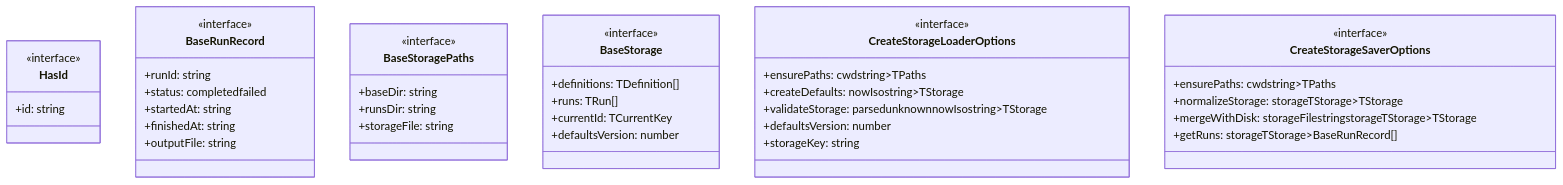
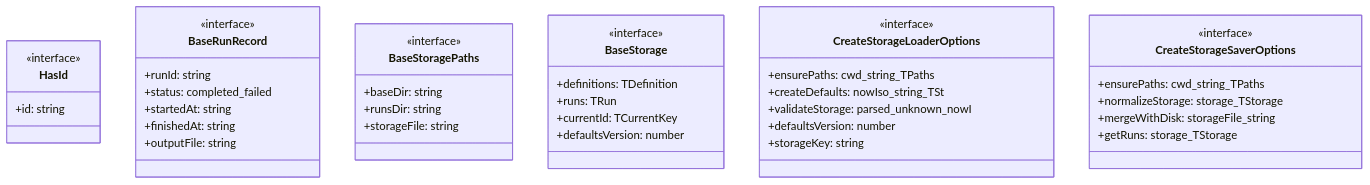
One commit to Mekann2904/mekann changed the first of 4 diagrams in ABDD/.pi/lib/storage-base.md. Above: the diagram before and after it, drawn with Mermaid. The commit also changed other lines of this file and 174 other files, not shown here.

First line of the commit message:
fix(docs): ABDDのMermaid図生成エラーを修正する

````diff
--- a/ABDD/.pi/lib/storage-base.md
+++ b/ABDD/.pi/lib/storage-base.md
@@ -52,43 +52,43 @@
 ```mermaid
 classDiagram
   class HasId {
     <<interface>>
     +id: string
   }
   class BaseRunRecord {
     <<interface>>
     +runId: string
-    +status: completedfailed
+    +status: completed_failed
     +startedAt: string
     +finishedAt: string
     +outputFile: string
   }
   class BaseStoragePaths {
     <<interface>>
     +baseDir: string
     +runsDir: string
     +storageFile: string
   }
   class BaseStorage {
     <<interface>>
-    +definitions: TDefinition[]
-    +runs: TRun[]
+    +definitions: TDefinition
+    +runs: TRun
     +currentId: TCurrentKey
     +defaultsVersion: number
   }
   class CreateStorageLoaderOptions {
     <<interface>>
-    +ensurePaths: cwdstring>TPaths
-    +createDefaults: nowIsostring>TStorage
-    +validateStorage: parsedunknownnowIsostring>TStorage
+    +ensurePaths: cwd_string_TPaths
+    +createDefaults: nowIso_string_TSt
+    +validateStorage: parsed_unknown_nowI
     +defaultsVersion: number
     +storageKey: string
   }
   class CreateStorageSaverOptions {
     <<interface>>
-    +ensurePaths: cwdstring>TPaths
-    +normalizeStorage: storageTStorage>TStorage
-    +mergeWithDisk: storageFilestringstorageTStorage>TStorage
-    +getRuns: storageTStorage>BaseRunRecord[]
+    +ensurePaths: cwd_string_TPaths
+    +normalizeStorage: storage_TStorage
+    +mergeWithDisk: storageFile_string
+    +getRuns: storage_TStorage
   }
 ```
````
